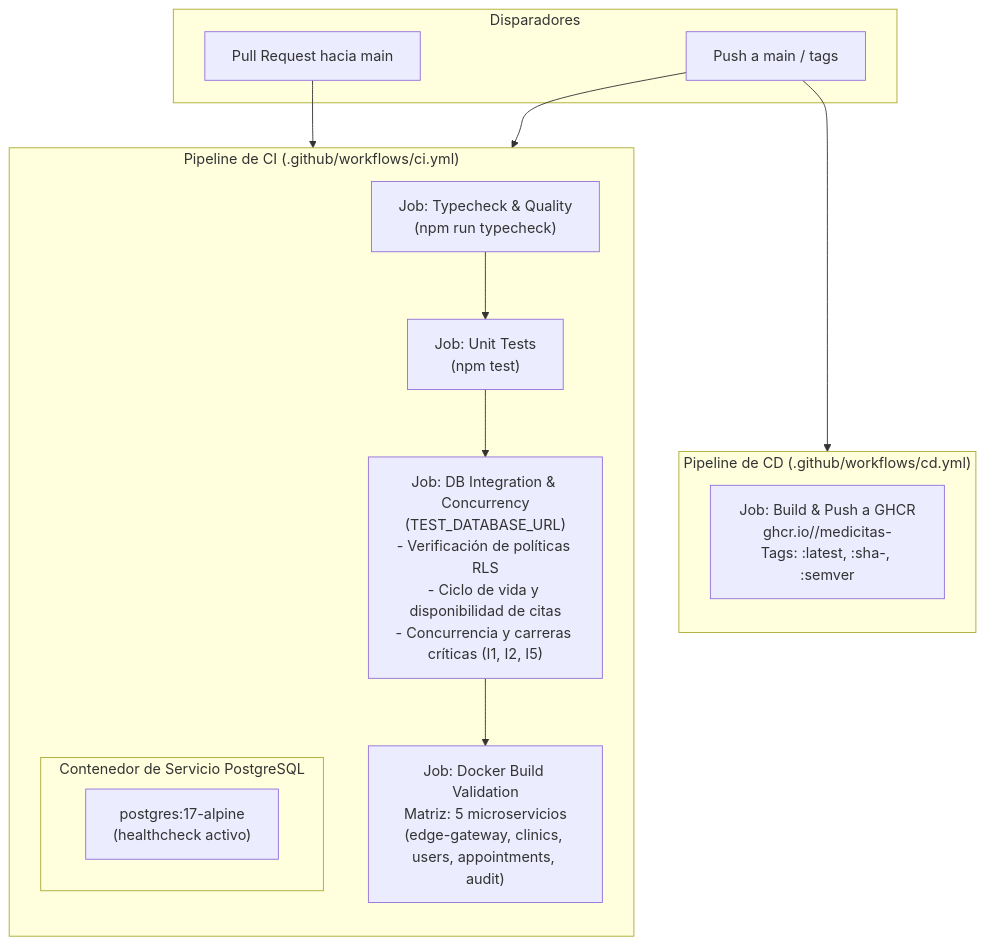
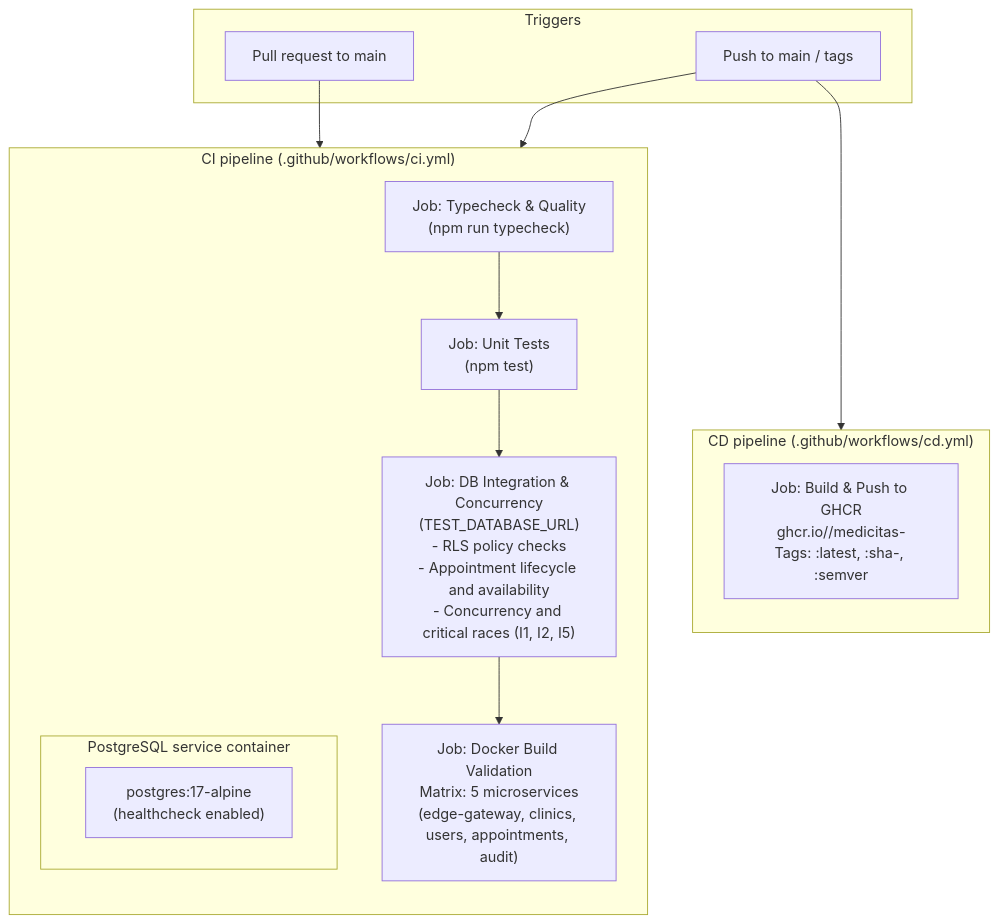
The diagram in docs/ci-cd.md (ErikZF/MediCitas), drawn with Mermaid before and after one commit. The commit also changed other lines of this file and 15 other files, not shown here.

````diff
--- a/docs/ci-cd.md
+++ b/docs/ci-cd.md
@@ -9,33 +11,33 @@
 ```mermaid
 flowchart TD
-    subgraph Eventos["Disparadores"]
-        PR["Pull Request hacia main"]
-        PushMain["Push a main / tags"]
+    subgraph Eventos["Triggers"]
+        PR["Pull request to main"]
+        PushMain["Push to main / tags"]
     end
 
-    subgraph CI["Pipeline de CI (.github/workflows/ci.yml)"]
+    subgraph CI["CI pipeline (.github/workflows/ci.yml)"]
         direction TB
         Quality["Job: Typecheck & Quality\n(npm run typecheck)"]
         UnitTest["Job: Unit Tests\n(npm test)"]
         
-        subgraph PostgresService["Contenedor de Servicio PostgreSQL"]
-            PG["postgres:17-alpine\n(healthcheck activo)"]
+        subgraph PostgresService["PostgreSQL service container"]
+            PG["postgres:17-alpine\n(healthcheck enabled)"]
         end
         
-        IntegTest["Job: DB Integration & Concurrency\n(TEST_DATABASE_URL)\n- Verificación de políticas RLS\n- Ciclo de vida y disponibilidad de citas\n- Concurrencia y carreras críticas (I1, I2, I5)"]
-        DockerBuild["Job: Docker Build Validation\nMatriz: 5 microservicios\n(edge-gateway, clinics, users, appointments, audit)"]
+        IntegTest["Job: DB Integration & Concurrency\n(TEST_DATABASE_URL)\n- RLS policy checks\n- Appointment lifecycle and availability\n- Concurrency and critical races (I1, I2, I5)"]
+        DockerBuild["Job: Docker Build Validation\nMatrix: 5 microservices\n(edge-gateway, clinics, users, appointments, audit)"]
 
         Quality --> UnitTest
         UnitTest --> IntegTest
         IntegTest --> DockerBuild
     end
 
-    subgraph CD["Pipeline de CD (.github/workflows/cd.yml)"]
+    subgraph CD["CD pipeline (.github/workflows/cd.yml)"]
         direction TB
-        Publish["Job: Build & Push a GHCR\nghcr.io/<owner>/medicitas-<service>\nTags: :latest, :sha-<commit>, :semver"]
+        Publish["Job: Build & Push to GHCR\nghcr.io/<owner>/medicitas-<service>\nTags: :latest, :sha-<commit>, :semver"]
     end
 
     PR --> CI
     PushMain --> CI
     PushMain --> CD
 ```
````
